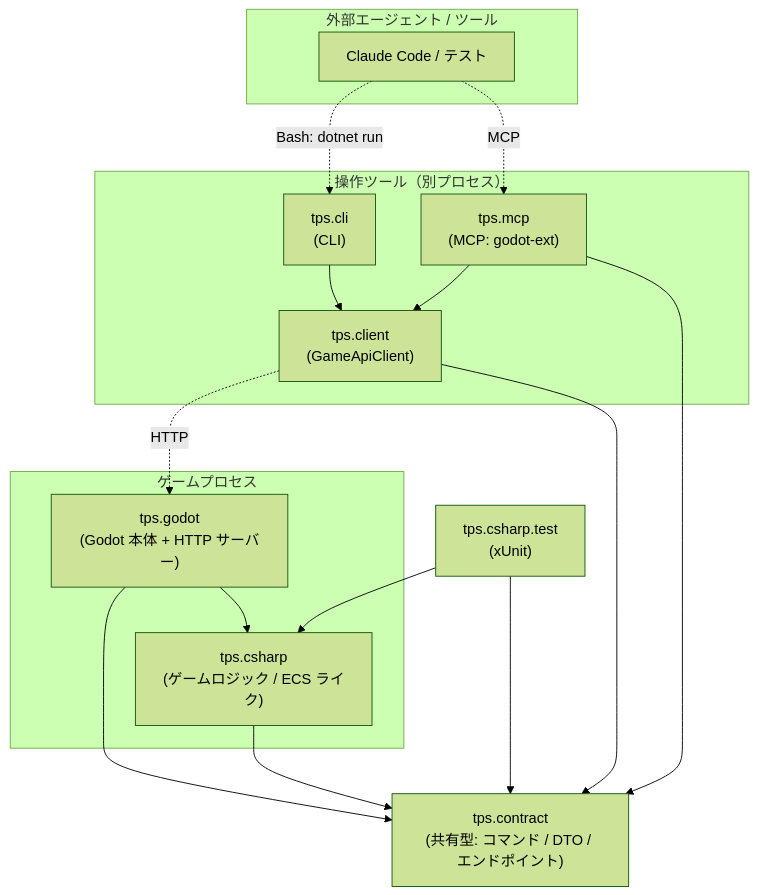
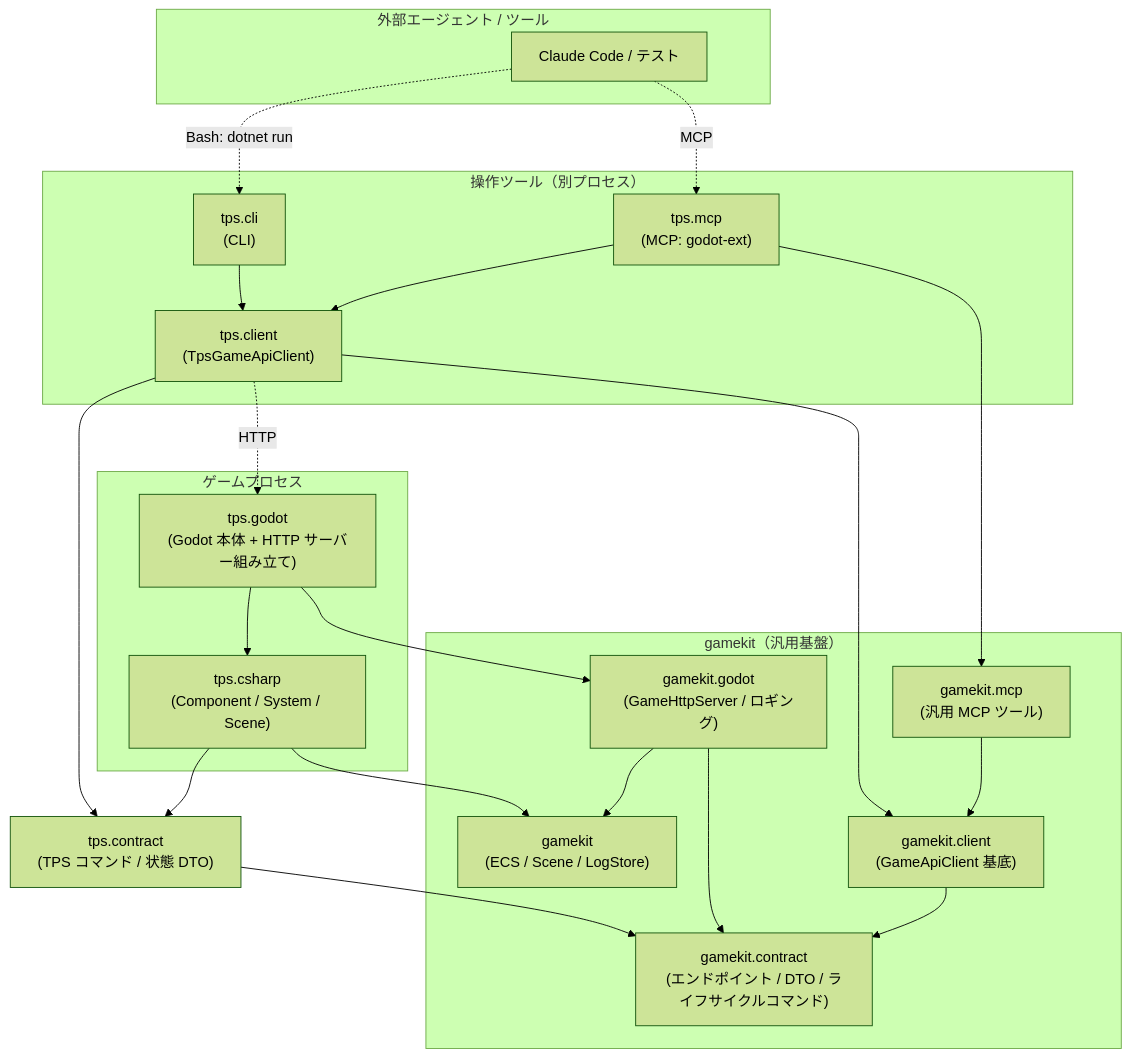
One commit to naninunenoy/godot-tps changed the diagram in README.md. Above: the diagram before and after it, drawn with Mermaid (forest theme). The commit also changed other lines of this file and 4 other files, not shown here.

First line of the commit message:
Update docs for gamekit foundation, add ADR-0012 (Phase 6)

````diff
--- a/README.md
+++ b/README.md
@@ -23,36 +37,52 @@
 ```mermaid
 graph TD
     subgraph external["外部エージェント / ツール"]
         agent["Claude Code / テスト"]
     end
 
+    subgraph foundation["gamekit（汎用基盤）"]
+        gk["gamekit<br/>(ECS / Scene / LogStore)"]
+        gkc["gamekit.contract<br/>(エンドポイント / DTO / ライフサイクルコマンド)"]
+        gkcl["gamekit.client<br/>(GameApiClient 基底)"]
+        gkg["gamekit.godot<br/>(GameHttpServer / ロギング)"]
+        gkm["gamekit.mcp<br/>(汎用 MCP ツール)"]
+    end
+
     subgraph game["ゲームプロセス"]
-        godot["tps.godot<br/>(Godot 本体 + HTTP サーバー)"]
-        csharp["tps.csharp<br/>(ゲームロジック / ECS ライク)"]
+        godot["tps.godot<br/>(Godot 本体 + HTTP サーバー組み立て)"]
+        csharp["tps.csharp<br/>(Component / System / Scene)"]
     end
 
     subgraph tools["操作ツール（別プロセス）"]
         mcp["tps.mcp<br/>(MCP: godot-ext)"]
         cli["tps.cli<br/>(CLI)"]
-        client["tps.client<br/>(GameApiClient)"]
+        client["tps.client<br/>(TpsGameApiClient)"]
     end
 
-    contract["tps.contract<br/>(共有型: コマンド / DTO / エンドポイント)"]
-    test["tps.csharp.test<br/>(xUnit)"]
+    contract["tps.contract<br/>(TPS コマンド / 状態 DTO)"]
 
-    %% ビルド時のプロジェクト参照
+    %% gamekit 内部
+    gkcl --> gkc
+    gkg --> gk
+    gkg --> gkc
+    gkm --> gkcl
+
+    %% tps → gamekit
+    contract --> gkc
+    csharp --> gk
+    client --> gkcl
+    godot --> gkg
+    mcp --> gkm
+
+    %% tps 内部
     godot --> csharp
-    godot --> contract
     csharp --> contract
     client --> contract
-    mcp --> contract
     mcp --> client
     cli --> client
-    test --> csharp
-    test --> contract
 
     %% 実行時の HTTP 通信
     agent -.->|MCP| mcp
     agent -.->|Bash: dotnet run| cli
     client -.->|HTTP| godot
 ```
````
